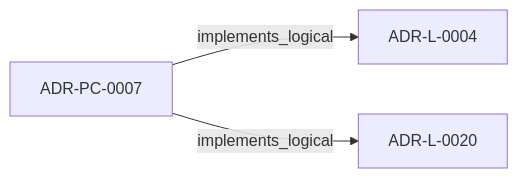
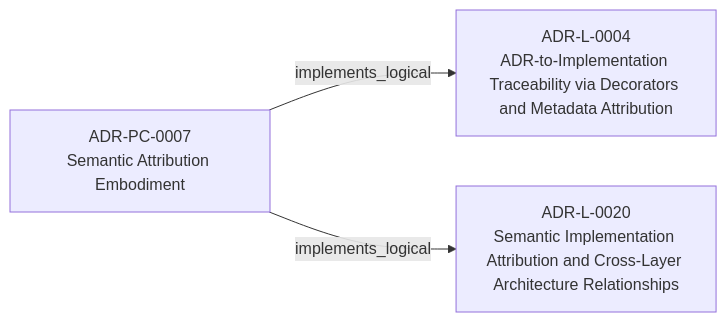
Before and after one commit to egallmann/adr-architecture-kit: the first of 2 diagrams in adrs/adr-projection/physical-component/ADR-PC-0007-semantic-attribution-embodiment.md, drawn with Mermaid. The commit also changed other lines of this file and 35 other files, not shown here.

````diff
--- a/adrs/adr-projection/physical-component/ADR-PC-0007-semantic-attribution-embodiment.md
+++ b/adrs/adr-projection/physical-component/ADR-PC-0007-semantic-attribution-embodiment.md
@@ -30,8 +56,8 @@
 ```mermaid
 flowchart LR
-  n_019fee89_e615_7577_8d37_dd0df031bec9["ADR-L-0004"]
-  n_019ffdba_3c42_70da_b33d_efc003269c42["ADR-PC-0007"]
-  n_019ffdba_3c42_7c4a_a737_f6751a265d60["ADR-L-0020"]
+  n_019fee89_e615_7577_8d37_dd0df031bec9["ADR-L-0004<br/>ADR-to-Implementation Traceability via Decorators and Metadata Attribution"]
+  n_019ffdba_3c42_70da_b33d_efc003269c42["ADR-PC-0007<br/>Semantic Attribution Embodiment"]
+  n_019ffdba_3c42_7c4a_a737_f6751a265d60["ADR-L-0020<br/>Semantic Implementation Attribution and Cross-Layer Architecture Relationships"]
   n_019ffdba_3c42_70da_b33d_efc003269c42 -->|"implements_logical"| n_019fee89_e615_7577_8d37_dd0df031bec9
   n_019ffdba_3c42_70da_b33d_efc003269c42 -->|"implements_logical"| n_019ffdba_3c42_7c4a_a737_f6751a265d60
 ```
````
